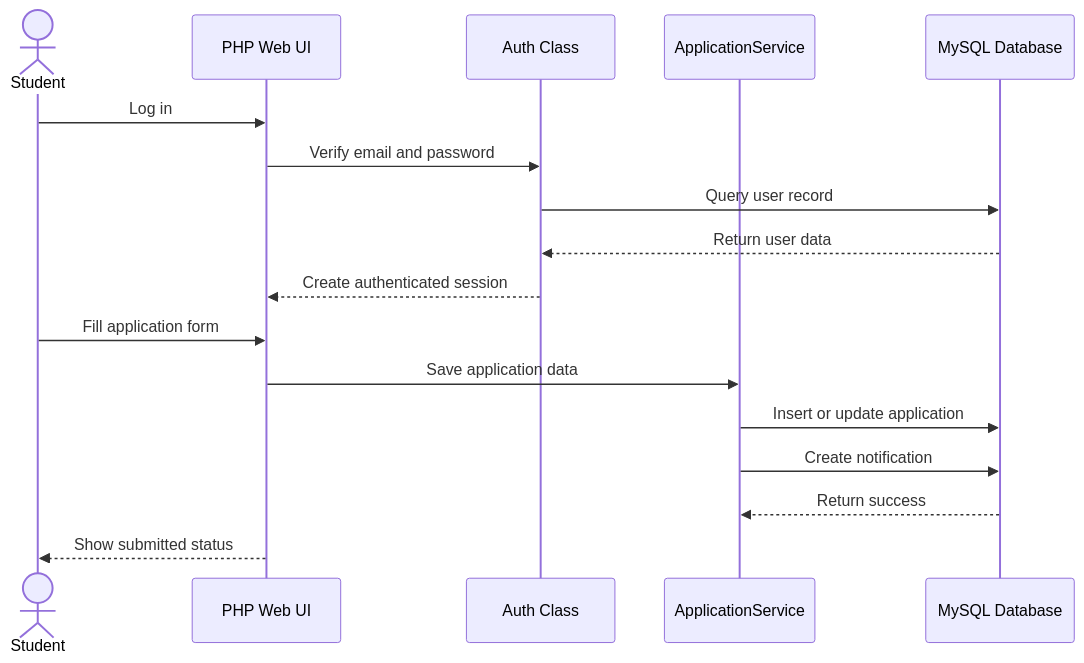
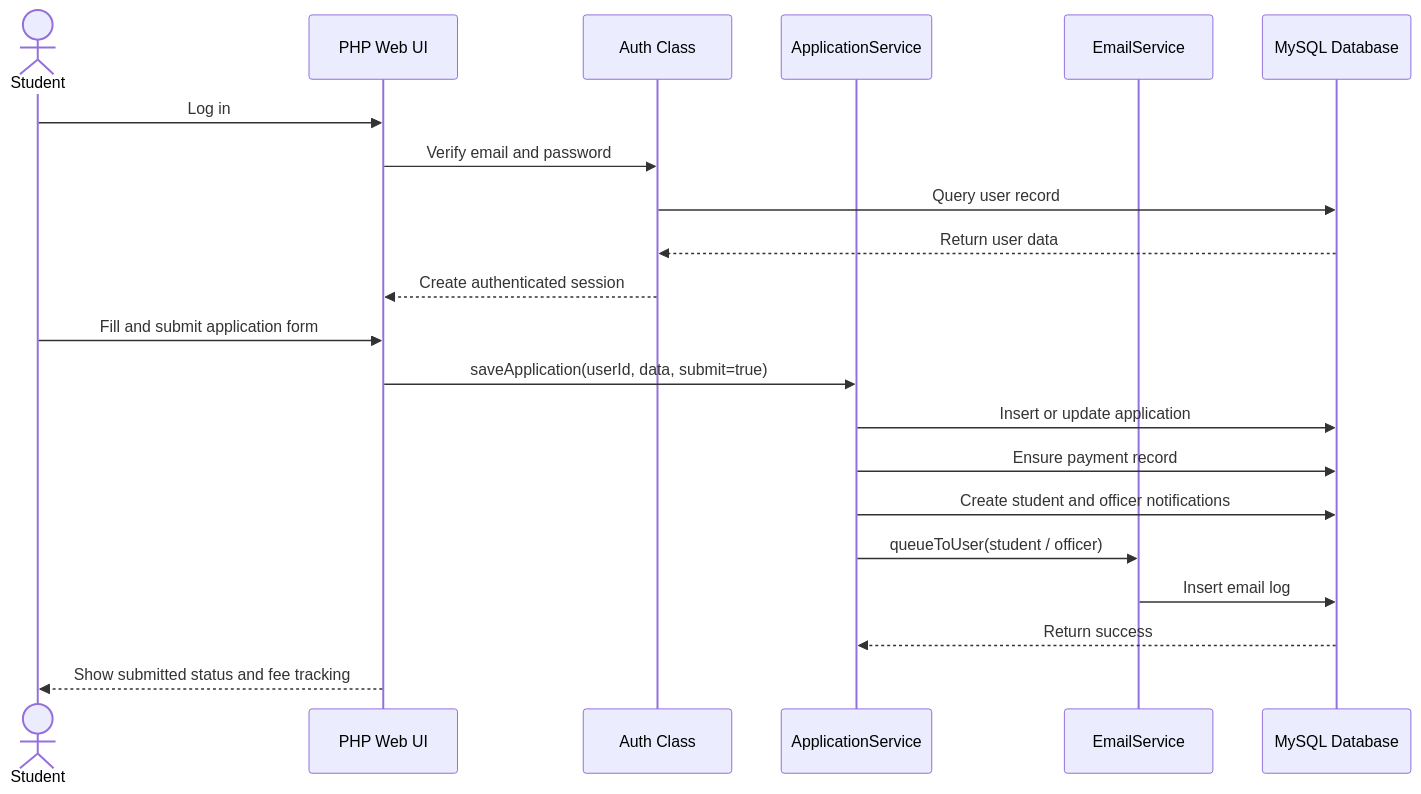
Before and after one commit to EthanYixuanMi/WKU-Admission-System: the third of 6 diagrams in README.md, drawn with Mermaid. The commit also changed other lines of this file, not shown here.

Commit message:
Update README UML diagrams

````diff
--- a/README.md
+++ b/README.md
@@ -159,21 +182,25 @@
 ```mermaid
 sequenceDiagram
     actor Student
     participant UI as PHP Web UI
     participant Auth as Auth Class
     participant Service as ApplicationService
+    participant Email as EmailService
     participant DB as MySQL Database
 
     Student->>UI: Log in
     UI->>Auth: Verify email and password
     Auth->>DB: Query user record
     DB-->>Auth: Return user data
     Auth-->>UI: Create authenticated session
 
-    Student->>UI: Fill application form
-    UI->>Service: Save application data
+    Student->>UI: Fill and submit application form
+    UI->>Service: saveApplication(userId, data, submit=true)
     Service->>DB: Insert or update application
-    Service->>DB: Create notification
+    Service->>DB: Ensure payment record
+    Service->>DB: Create student and officer notifications
+    Service->>Email: queueToUser(student / officer)
+    Email->>DB: Insert email log
     DB-->>Service: Return success
-    UI-->>Student: Show submitted status
+    UI-->>Student: Show submitted status and fee tracking
 ```
````
